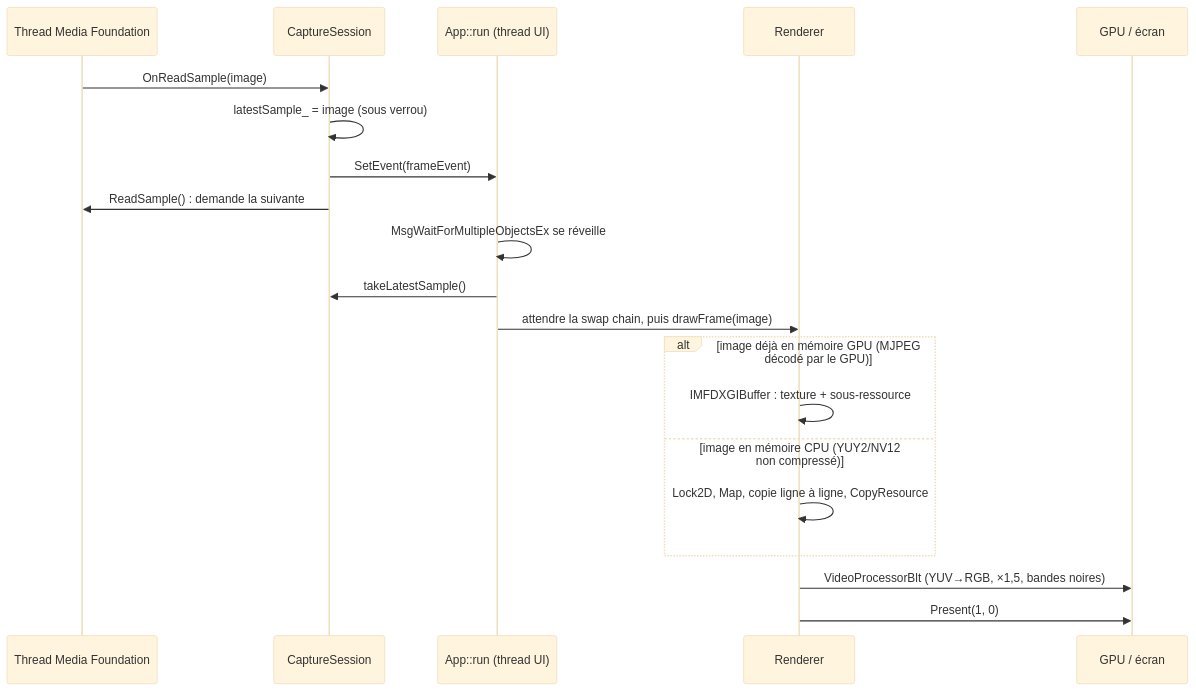
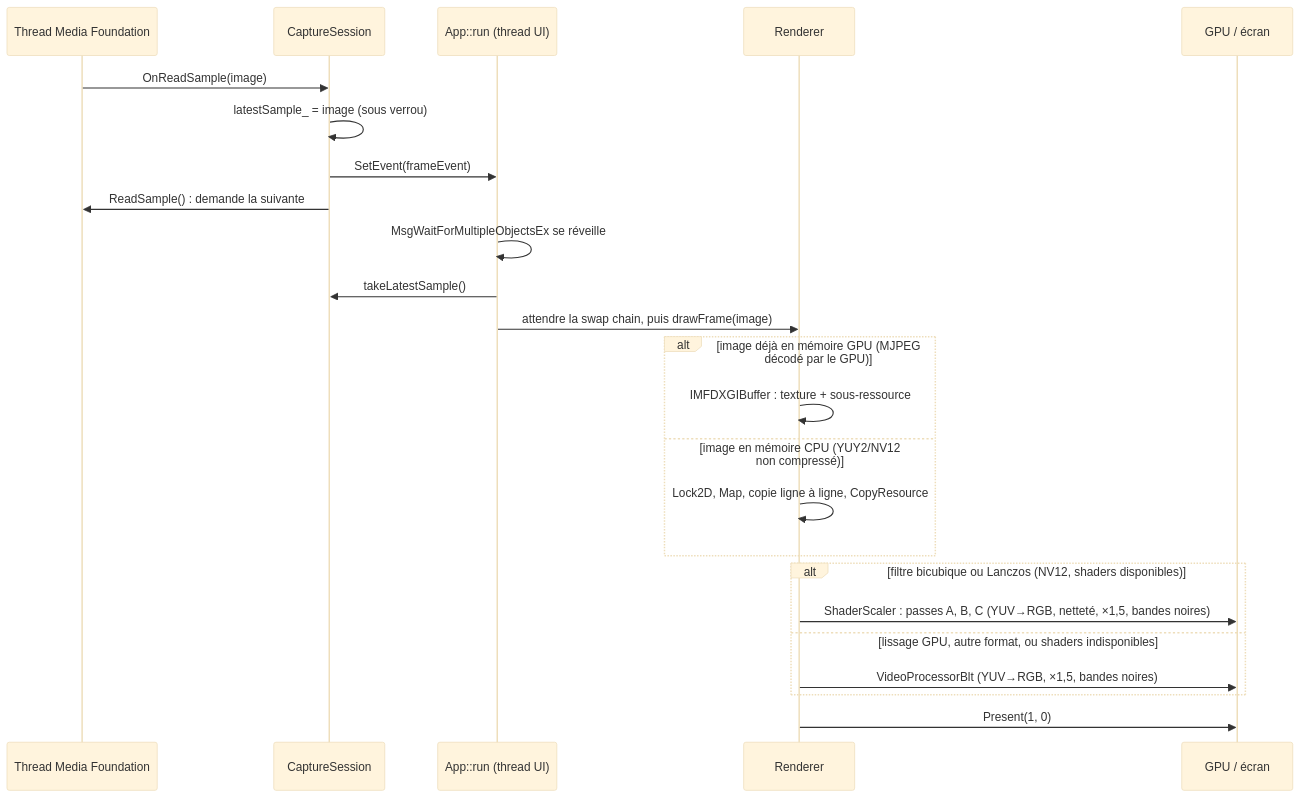
The second of 4 diagrams in docs/ARCHITECTURE.md (obarry/HdmiScreen), drawn with Mermaid (base theme) before and after one commit. The commit also changed other lines of this file and 18 other files, not shown here.

````diff
--- a/docs/ARCHITECTURE.md
+++ b/docs/ARCHITECTURE.md
@@ -63,23 +65,27 @@
 ```mermaid
 sequenceDiagram
     participant MF as Thread Media Foundation
     participant CS as CaptureSession
     participant UI as App::run (thread UI)
     participant R as Renderer
     participant GPU as GPU / écran
 
     MF->>CS: OnReadSample(image)
     CS->>CS: latestSample_ = image (sous verrou)
     CS->>UI: SetEvent(frameEvent)
     CS->>MF: ReadSample() : demande la suivante
     UI->>UI: MsgWaitForMultipleObjectsEx se réveille
     UI->>CS: takeLatestSample()
     UI->>R: attendre la swap chain, puis drawFrame(image)
     alt image déjà en mémoire GPU (MJPEG décodé par le GPU)
         R->>R: IMFDXGIBuffer : texture + sous-ressource
     else image en mémoire CPU (YUY2/NV12 non compressé)
         R->>R: Lock2D, Map, copie ligne à ligne, CopyResource
     end
-    R->>GPU: VideoProcessorBlt (YUV→RGB, ×1,5, bandes noires)
+    alt filtre bicubique ou Lanczos (NV12, shaders disponibles)
+        R->>GPU: ShaderScaler : passes A, B, C (YUV→RGB, netteté, ×1,5, bandes noires)
+    else lissage GPU, autre format, ou shaders indisponibles
+        R->>GPU: VideoProcessorBlt (YUV→RGB, ×1,5, bandes noires)
+    end
     R->>GPU: Present(1, 0)
 ```
````
